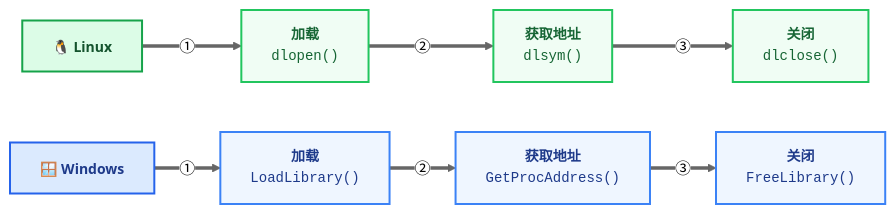
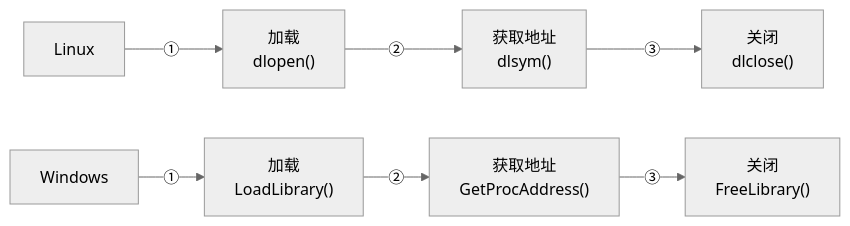
The sixth of 6 diagrams in _posts/c_c++/library/2023-02-28-dynamic library.md (dmjcb/dmjcb.github.io), drawn with Mermaid (neutral theme) before and after one commit. The commit also changed other lines of this file and 26 other files, not shown here.

````diff
--- a/_posts/c_c++/library/2023-02-28-dynamic library.md
+++ b/_posts/c_c++/library/2023-02-28-dynamic library.md
@@ -418,25 +321,18 @@
 ```mermaid
 flowchart LR
-    %% 样式定义 (双平台色彩体系)
-    classDef linuxTitle fill:#dcfce7,stroke:#16a34a,stroke-width:2px,color:#14532d,font-weight:bold,font-size:14px;
-    classDef linuxNode fill:#f0fdf4,stroke:#22c55e,stroke-width:2px,color:#166534,font-family:monospace,font-size:14px;
-    
-    classDef winTitle fill:#dbeafe,stroke:#2563eb,stroke-width:2px,color:#1e3a8a,font-weight:bold,font-size:14px;
-    classDef winNode fill:#eff6ff,stroke:#3b82f6,stroke-width:2px,color:#1e3a8a,font-family:monospace,font-size:14px;
-
     %% ================= Linux 流程 =================
-    L_Start["🐧 <b>Linux</b>"]:::linuxTitle
-    L1["<b>加载</b><br><code>dlopen()</code>"]:::linuxNode
-    L2["<b>获取地址</b><br><code>dlsym()</code>"]:::linuxNode
-    L3["<b>关闭</b><br><code>dlclose()</code>"]:::linuxNode
+    L_Start["Linux"]
+    L1["加载<br>dlopen()"]
+    L2["获取地址<br>dlsym()"]
+    L3["关闭<br>dlclose()"]
 
     %% ================ Windows 流程 ================
-    W_Start["🪟 <b>Windows</b>"]:::winTitle
-    W1["<b>加载</b><br><code>LoadLibrary()</code>"]:::winNode
-    W2["<b>获取地址</b><br><code>GetProcAddress()</code>"]:::winNode
-    W3["<b>关闭</b><br><code>FreeLibrary()</code>"]:::winNode
+    W_Start["Windows"]
+    W1["加载<br>LoadLibrary()"]
+    W2["获取地址<br>GetProcAddress()"]
+    W3["关闭<br>FreeLibrary()"]
 
     %% 连线关系
-    L_Start ==>|"①"| L1 ==>|"②"| L2 ==>|"③"| L3
-    W_Start ==>|"①"| W1 ==>|"②"| W2 ==>|"③"| W3
+    L_Start -->|"①"| L1 -->|"②"| L2 -->|"③"| L3
+    W_Start -->|"①"| W1 -->|"②"| W2 -->|"③"| W3
 ```
````
